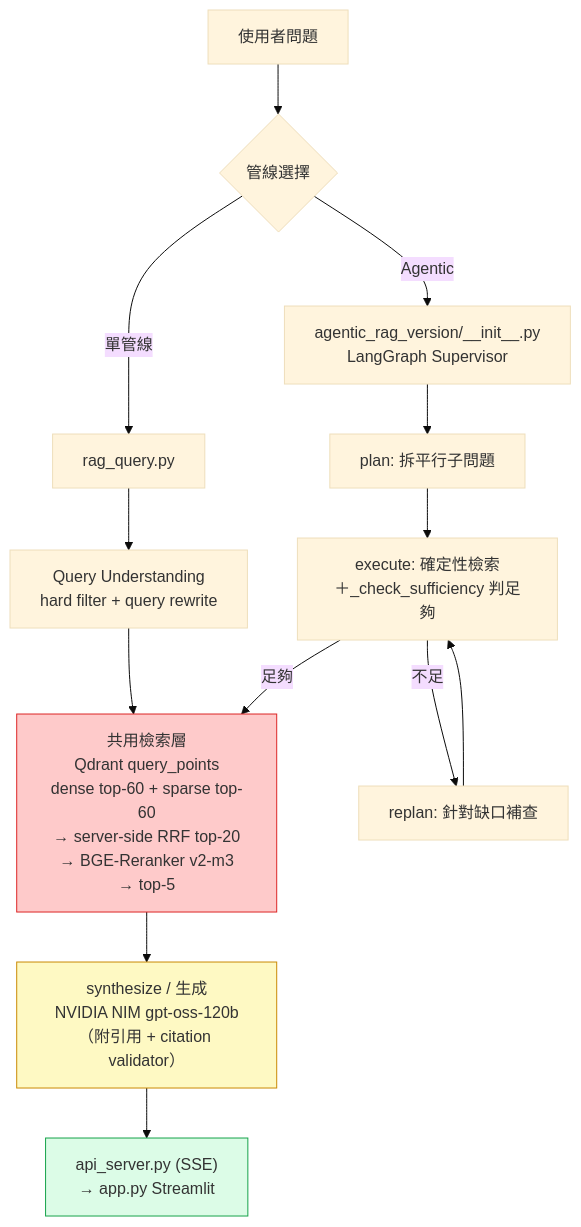
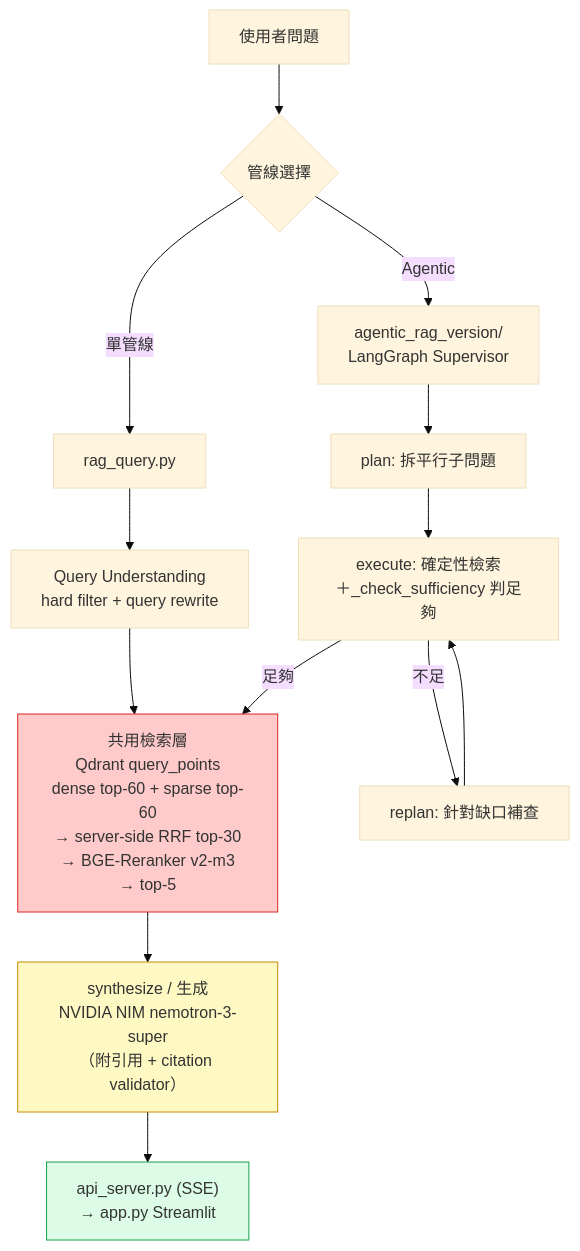
One commit to Allen900913/Agentic_RAG changed the second of 2 diagrams in README.md. Above: the diagram before and after it, drawn with Mermaid (base theme). The commit also changed other lines of this file and 11 other files, not shown here.

````diff
--- a/README.md
+++ b/README.md
@@ -74,24 +65,24 @@
 ```mermaid
 graph TB
     Q["使用者問題"] --> R{"管線選擇"}
 
     R -->|單管線| S1["rag_query.py"]
     S1 --> S2["Query Understanding<br/>hard filter + query rewrite"]
     S2 --> RET
 
-    R -->|Agentic| A1["agentic_rag_version/__init__.py<br/>LangGraph Supervisor"]
+    R -->|Agentic| A1["agentic_rag_version/<br/>LangGraph Supervisor"]
     A1 --> A2["plan: 拆平行子問題"]
     A2 --> A3["execute: 確定性檢索<br/>＋_check_sufficiency 判足夠"]
     A3 -->|不足| A4["replan: 針對缺口補查"]
     A4 --> A3
     A3 -->|足夠| RET
 
-    RET["共用檢索層<br/>Qdrant query_points<br/>dense top-60 + sparse top-60<br/>→ server-side RRF top-20<br/>→ BGE-Reranker v2-m3<br/>→ top-5"]
+    RET["共用檢索層<br/>Qdrant query_points<br/>dense top-60 + sparse top-60<br/>→ server-side RRF top-30<br/>→ BGE-Reranker v2-m3<br/>→ top-5"]
 
-    RET --> G1["synthesize / 生成<br/>NVIDIA NIM gpt-oss-120b<br/>（附引用 + citation validator）"]
+    RET --> G1["synthesize / 生成<br/>NVIDIA NIM nemotron-3-super<br/>（附引用 + citation validator）"]
     G1 --> H["api_server.py (SSE)<br/>→ app.py Streamlit"]
 
     style RET fill:#fecaca,stroke:#dc2626
     style G1 fill:#fef9c3,stroke:#ca8a04
     style H fill:#dcfce7,stroke:#16a34a
 ```
````
